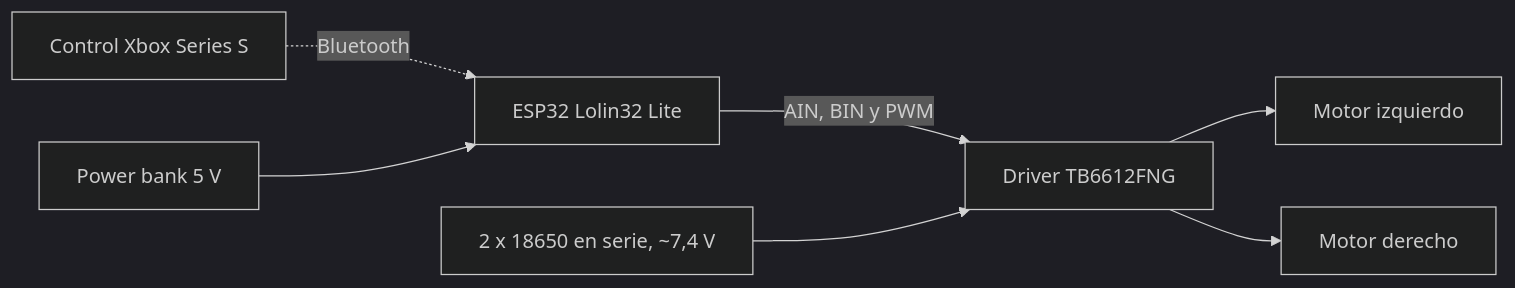
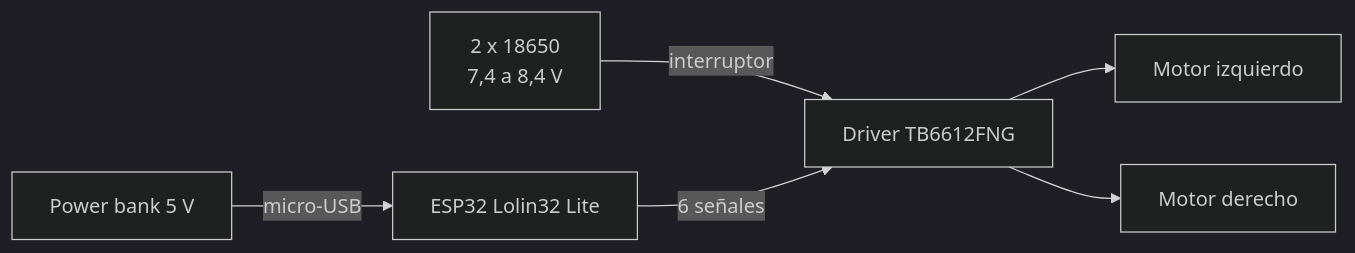
Before and after one commit to ignacioojeda/PROYECTO_FINAL_ANALOGA2_CARRITO: the diagram in Version1_funcionalidad_Basica/README.md, drawn with Mermaid (dark theme). The commit also changed other lines of this file, not shown here.

````diff
--- a/Version1_funcionalidad_Basica/README.md
+++ b/Version1_funcionalidad_Basica/README.md
@@ -7,9 +42,8 @@
 ```mermaid
 flowchart LR
-    X[Control Xbox Series S] -. Bluetooth .-> E[ESP32 Lolin32 Lite]
-    E -->|AIN, BIN y PWM| D[Driver TB6612FNG]
+    P[Power bank 5 V] -->|micro-USB| E[ESP32 Lolin32 Lite]
+    B[2 x 18650<br/>7,4 a 8,4 V] -->|interruptor| D[Driver TB6612FNG]
+    E -->|6 señales| D
     D --> M1[Motor izquierdo]
     D --> M2[Motor derecho]
-    B[2 x 18650 en serie, ~7,4 V] --> D
-    P[Power bank 5 V] --> E
 ```
````
